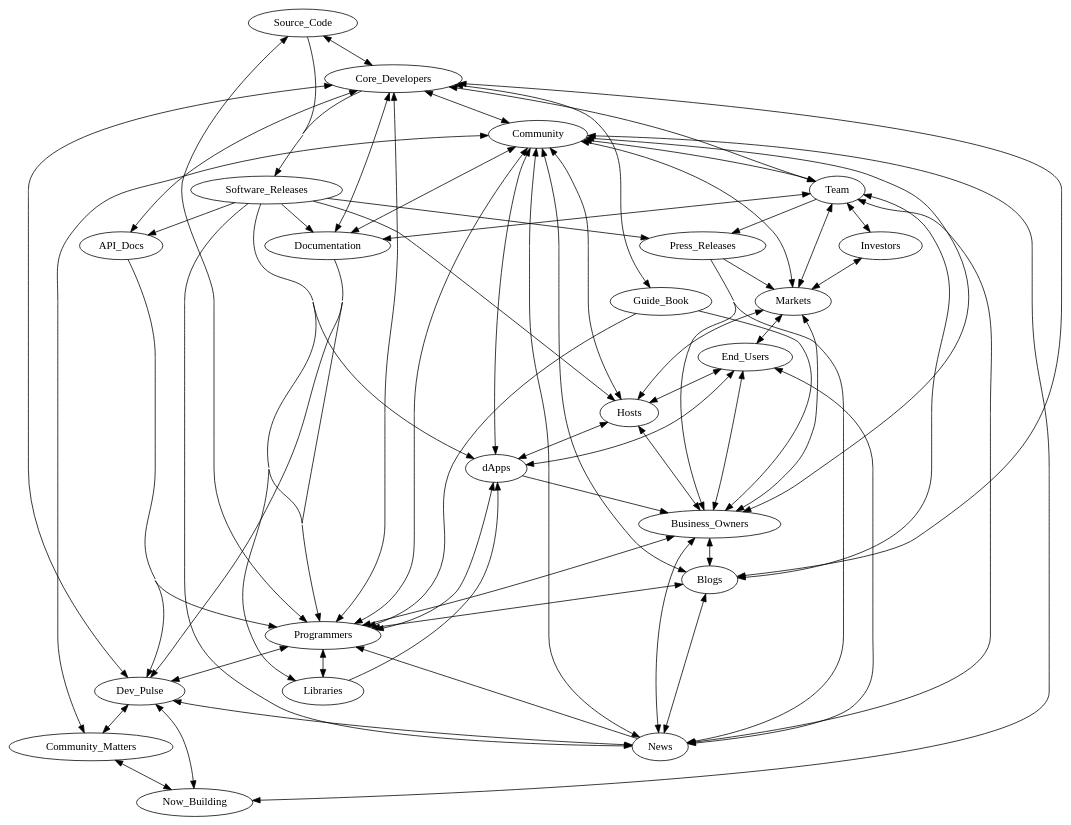
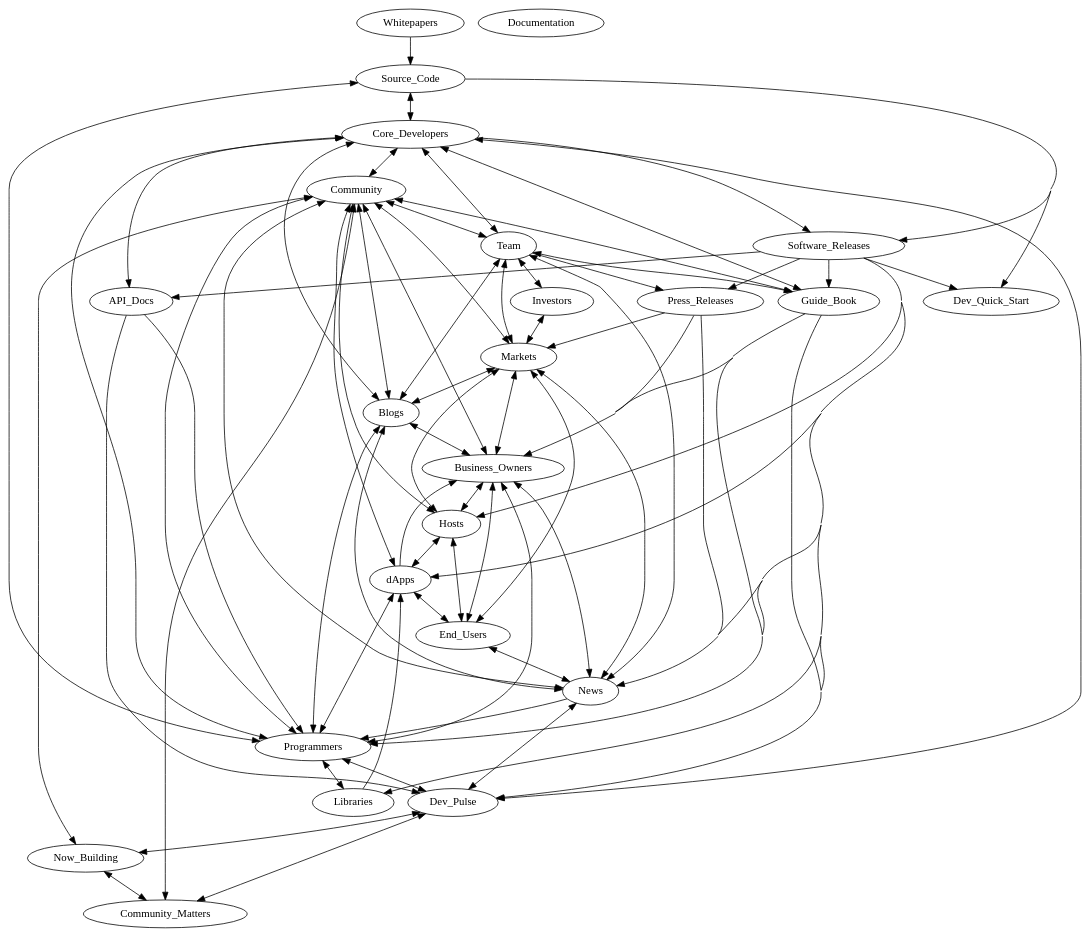
Before and after one commit to btakita/holochain-notes: the diagram in information-flow.dot, drawn with Graphviz. The commit also changed 1 other file, not shown here.

Commit message:
information-flow.dot
	spaces to tabs
	more nodes & edges

information-flow.svg

```diff
--- a/information-flow.dot
+++ b/information-flow.dot
@@ -1,85 +1,93 @@
-digraph	"Software Flow"	{
-	concentrate=true;
+digraph	"Software Flow" {
+	concentrate = true;
 
-    Source_Code[href="https://github.com/holochain/holochain-rust"];
-    Team[href="https://holo.host/team/"];
-    Core_Developers[href="https://github.com/holochain/holochain-rust/graphs/contributors"];
-    Software_Releases[href="https://github.com/holochain/holochain-rust/releases"];
-    Hosts[href="https://holo.host/host/"];
-    Documentation[href="https://developer.holochain.org/"];
-    API_Docs[href="https://developer.holochain.org/api/latest/hdk/"]
-    Guide_Book[href="https://developer.holochain.org/guide/latest/welcome.html"]
-    Dev_Pulse[href="https://medium.com/holochain"]
-    Community_Matters[href="https://medium.com/holochain/tagged/community-matters"]
-    Now_Building[href="https://medium.com/holochain/tagged/now-building"]
+	Whitepapers [href = "https://holo.host/whitepapers/"];
+	Source_Code [href = "https://github.com/holochain/holochain-rust"];
+	Team [href = "https://holo.host/team/"];
+	Core_Developers [href = "https://github.com/holochain/holochain-rust/graphs/contributors"];
+	Software_Releases [href = "https://github.com/holochain/holochain-rust/releases"];
+	Hosts [href = "https://holo.host/host/"];
+	Documentation [href = "https://developer.holochain.org/"];
+	Dev_Quick_Start [href = "https://developer.holochain.org/start.html"];
+	API_Docs [href = "https://developer.holochain.org/api/latest/hdk/"]
+	Guide_Book [href = "https://developer.holochain.org/guide/latest/welcome.html"]
+	Dev_Pulse [href = "https://medium.com/holochain"]
+	Community_Matters [href = "https://medium.com/holochain/tagged/community-matters"]
+	Now_Building [href = "https://medium.com/holochain/tagged/now-building"]
 
+	Whitepapers -> Source_Code;
 	Source_Code -> Software_Releases;
 	Source_Code -> Core_Developers -> Source_Code;
+	Source_Code -> Dev_Quick_Start;
 	Software_Releases -> API_Docs;
 	Software_Releases -> News;
 	Software_Releases -> Libraries;
 	Software_Releases -> dApps;
 	Software_Releases -> Hosts;
 	Software_Releases -> Press_Releases;
-	Software_Releases -> Documentation;
+	Software_Releases -> API_Docs;
+	Software_Releases -> Dev_Quick_Start;
+	Software_Releases -> Dev_Pulse;
+	Software_Releases -> Guide_Book;
 	Software_Releases -> Programmers;
- 	Libraries -> dApps;
+	Libraries -> dApps;
 	dApps -> Business_Owners;
 	dApps -> End_Users -> dApps;
-	Documentation -> Dev_Pulse;
-	Documentation -> Programmers;
 	API_Docs -> Dev_Pulse;
 	API_Docs -> Programmers;
 	Guide_Book -> Programmers;
 	Guide_Book -> Business_Owners;
+	Guide_Book -> Dev_Pulse;
+	Guide_Book -> Core_Developers -> Guide_Book;
 	Press_Releases -> News;
 	Press_Releases -> Business_Owners;
 	Press_Releases -> Markets;
 	News -> Dev_Pulse -> News;
 	News -> Programmers;
 	News -> Blogs -> News;
 	News -> Business_Owners -> News;
 	News -> End_Users -> News;
+	News -> Markets -> News;
 	Dev_Pulse -> Programmers -> Dev_Pulse;
-    Community_Matters -> Community -> Community_Matters;
+	Community_Matters -> Community -> Community_Matters;
 	Dev_Pulse -> Community_Matters -> Dev_Pulse -> Now_Building -> Dev_Pulse;
 	Now_Building -> Community -> Now_Building -> Community_Matters -> Now_Building;
 	Blogs -> Team -> Blogs;
 	Blogs -> Core_Developers -> Blogs;
 	Blogs -> Programmers -> Blogs;
 	Blogs -> Business_Owners -> Blogs;
+	Blogs -> Markets -> Blogs;
 	Markets -> Hosts -> Markets;
 	Markets -> Investors -> Markets;
 	Markets -> End_Users -> Markets;
 	Team -> Core_Developers -> Team;
 	Team -> Press_Releases;
-	Team -> Documentation -> Team;
+	Team -> Guide_Book -> Team;
 	Team -> News -> Team;
 	Team -> Markets -> Team;
 	Team -> Investors -> Team;
 	Core_Developers -> API_Docs -> Core_Developers;
-	Core_Developers -> Documentation -> Core_Developers;
+	Core_Developers -> Guide_Book -> Core_Developers;
 	Core_Developers -> Dev_Pulse -> Core_Developers;
 	Core_Developers -> Programmers -> Core_Developers;
 	Core_Developers -> Software_Releases;
-	Core_Developers -> Guide_Book -> Core_Developers;
 	Hosts -> dApps -> Hosts;
 	Hosts -> Business_Owners -> Hosts;
 	Hosts -> End_Users -> Hosts;
 	Community -> Team -> Community;
 	Community -> Core_Developers -> Community;
 	Community -> Markets -> Community;
 	Community -> Blogs -> Community;
 	Community -> News -> Community;
 	Community -> Programmers -> Community;
 	Community -> Business_Owners -> Community;
-	Community -> Documentation -> Community;
+	Community -> Guide_Book -> Community;
 	Community -> dApps -> Community;
 	Community -> Hosts -> Community;
 	Programmers -> Source_Code -> Programmers;
 	Programmers -> dApps -> Programmers;
 	Programmers -> Libraries -> Programmers;
 	Programmers -> Business_Owners -> Programmers;
 	Business_Owners -> End_Users -> Business_Owners;
 	Business_Owners -> Markets -> Business_Owners;
 }
```
